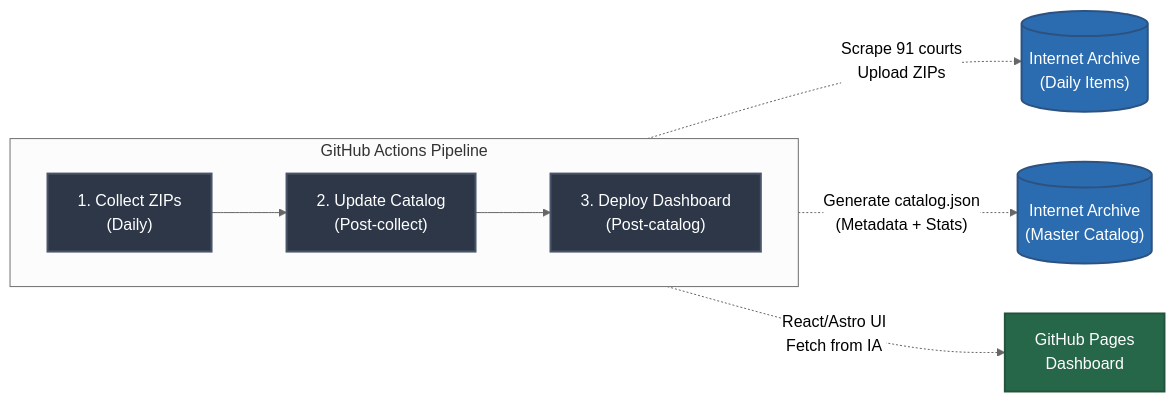
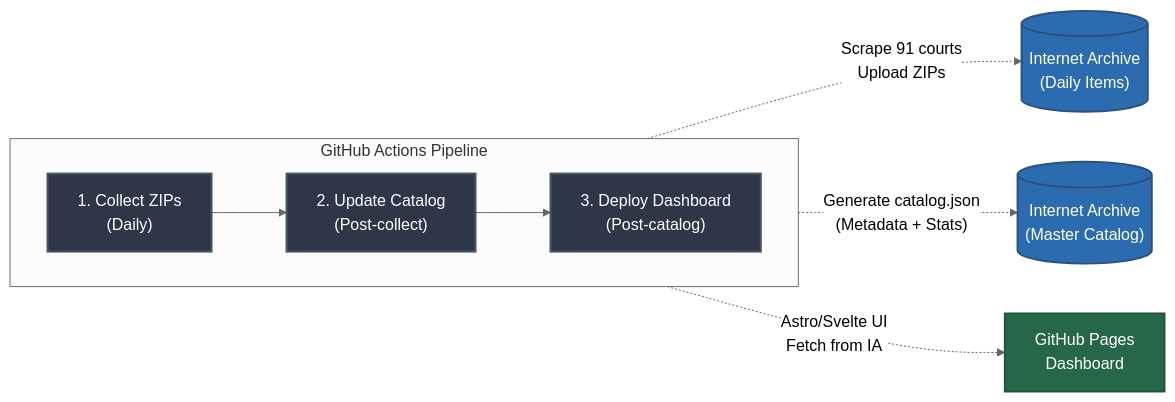
One commit to franklinbaldo/causaganha changed the first of 2 diagrams in README.md. Above: the diagram before and after it, drawn with Mermaid (neutral theme). The commit also changed other lines of this file and 4 other files, not shown here.

````diff
--- a/README.md
+++ b/README.md
@@ -71,20 +71,20 @@
 ```mermaid
 flowchart LR
     subgraph pipeline ["GitHub Actions Pipeline"]
         direction LR
         A["1. Collect ZIPs\n(Daily)"] --> B["2. Update Catalog\n(Post-collect)"]
         B --> C["3. Deploy Dashboard\n(Post-catalog)"]
     end
 
     A -.-> |"Scrape 91 courts\nUpload ZIPs"| IA1[("Internet Archive\n(Daily Items)")]
     B -.-> |"Generate catalog.json\n(Metadata + Stats)"| IA2[("Internet Archive\n(Master Catalog)")]
-    C -.-> |"React/Astro UI\nFetch from IA"| GH["GitHub Pages\nDashboard"]
+    C -.-> |"Astro/Svelte UI\nFetch from IA"| GH["GitHub Pages\nDashboard"]
 
     classDef workflow fill:#2d3748,stroke:#4a5568,color:#fff,stroke-width:2px;
     classDef storage fill:#2b6cb0,stroke:#2c5282,color:#fff,stroke-width:2px;
     classDef hosting fill:#276749,stroke:#22543d,color:#fff,stroke-width:2px;
 
     class A,B,C workflow;
     class IA1,IA2 storage;
     class GH hosting;
 ```
````
